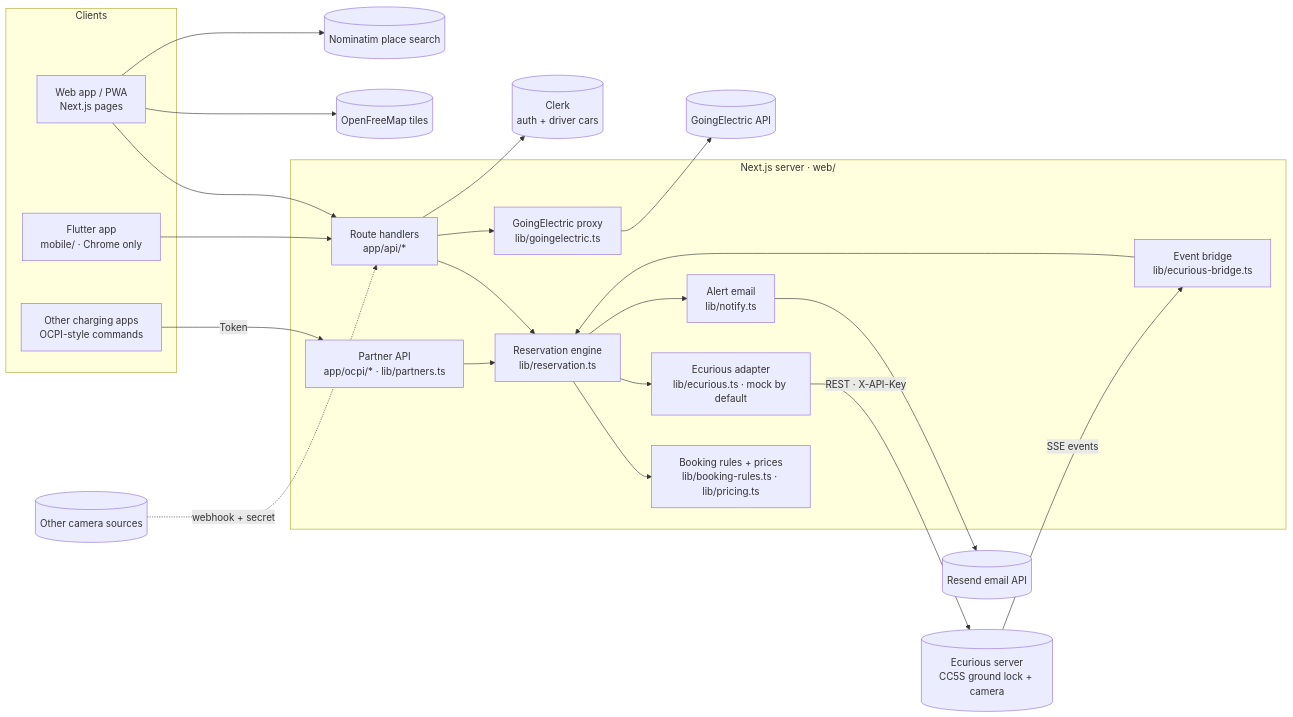
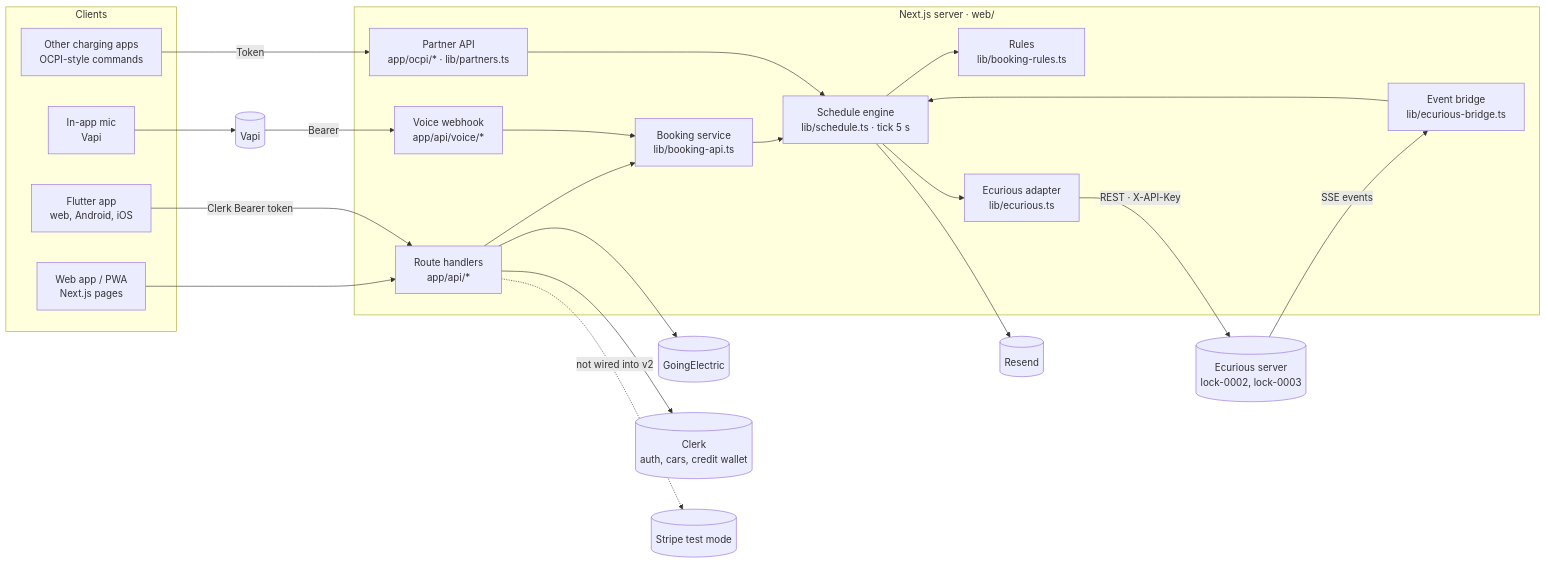
Before and after one commit to mohamedaminehamdi/BayWatch: the diagram in docs/architecture.md, drawn with Mermaid. The commit also changed other lines of this file and 62 other files, not shown here.

````diff
--- a/docs/architecture.md
+++ b/docs/architecture.md
@@ -7,31 +7,29 @@
 ```mermaid
 flowchart LR
   subgraph clients["Clients"]
     WEB["Web app / PWA<br/>Next.js pages"]
-    FL["Flutter app<br/>mobile/ · Chrome only"]
+    MIC["In-app mic<br/>Vapi"]
     PARTNER["Other charging apps<br/>OCPI-style commands"]
+    FL["Flutter app<br/>web, Android, iOS"]
   end
   subgraph server["Next.js server · web/"]
     API["Route handlers<br/>app/api/*"]
+    VAPI["Voice webhook<br/>app/api/voice/*"]
     PAPI["Partner API<br/>app/ocpi/* · lib/partners.ts"]
-    RES["Reservation engine<br/>lib/reservation.ts"]
-    RULES["Booking rules + prices<br/>lib/booking-rules.ts · lib/pricing.ts"]
-    ADP["Ecurious adapter<br/>lib/ecurious.ts · mock by default"]
+    BOOK["Booking service<br/>lib/booking-api.ts"]
+    ENG["Schedule engine<br/>lib/schedule.ts · tick 5 s"]
+    RULES["Rules<br/>lib/booking-rules.ts"]
+    ADP["Ecurious adapter<br/>lib/ecurious.ts"]
     BR["Event bridge<br/>lib/ecurious-bridge.ts"]
-    GEP["GoingElectric proxy<br/>lib/goingelectric.ts"]
-    MAIL["Alert email<br/>lib/notify.ts"]
   end
-  WEB --> API
-  FL --> API
-  PARTNER -->|Token| PAPI --> RES
-  API --> RES --> RULES
-  RES --> ADP
-  ADP -->|REST · X-API-Key| ECU[("Ecurious server<br/>CC5S ground lock + camera")]
-  ECU -->|SSE events| BR --> RES
-  CAMX[("Other camera sources")] -.->|webhook + secret| API
-  API --> GEP --> GE[("GoingElectric API")]
-  RES --> MAIL --> RESEND[("Resend email API")]
-  API --> CLERK[("Clerk<br/>auth + driver cars")]
-  WEB --> OFM[("OpenFreeMap tiles")]
-  WEB --> NOM[("Nominatim place search")]
+  WEB --> API --> BOOK --> ENG --> RULES
+  MIC --> VOICEAI[("Vapi")] -->|Bearer| VAPI --> BOOK
+  PARTNER -->|Token| PAPI --> ENG
+  FL -->|Clerk Bearer token| API
+  ENG --> ADP -->|REST · X-API-Key| ECU[("Ecurious server<br/>lock-0002, lock-0003")]
+  ECU -->|SSE events| BR --> ENG
+  API --> GE[("GoingElectric")]
+  API --> CLERK[("Clerk<br/>auth, cars, credit wallet")]
+  ENG --> RESEND[("Resend")]
+  API -.->|not wired into v2| STRIPE[("Stripe test mode")]
 ```
````
